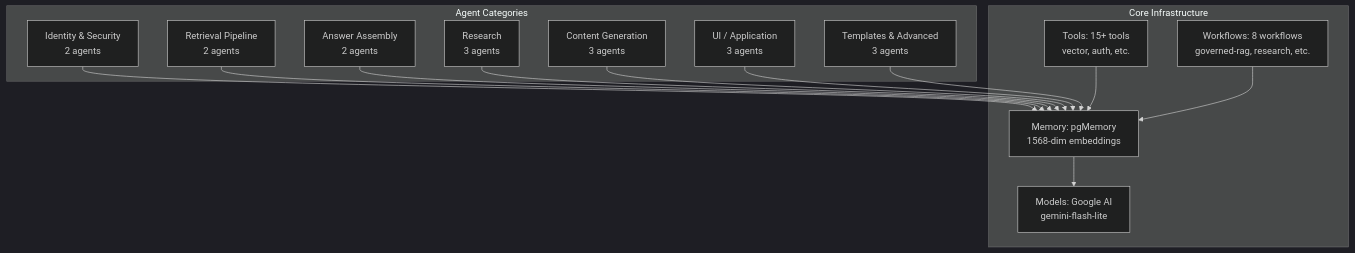
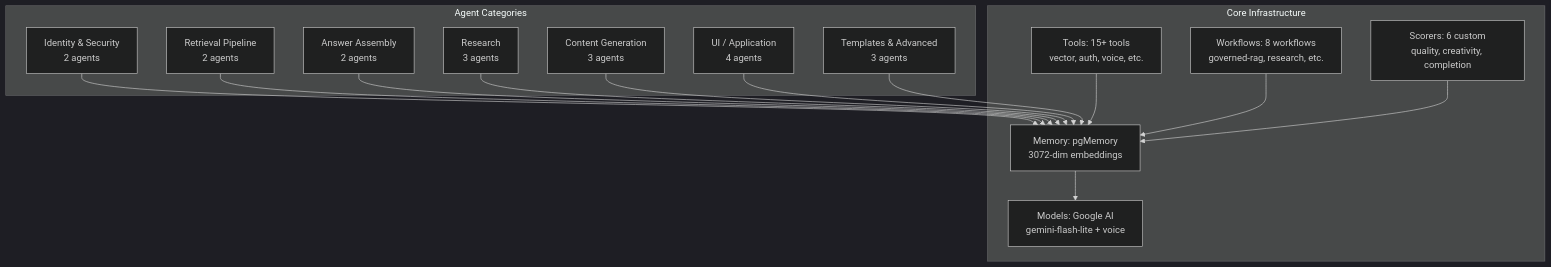
Before and after one commit to ssdeanx/secure-rag-multi-agent: the first of 2 diagrams in src/mastra/agents/AGENTS.md, drawn with Mermaid (dark theme). The commit also changed other lines of this file and 41 other files, not shown here.

````diff
--- a/src/mastra/agents/AGENTS.md
+++ b/src/mastra/agents/AGENTS.md
@@ -13,31 +13,33 @@
 ```mermaid
 graph TB
     subgraph "Agent Categories"
         Identity[Identity & Security<br/>2 agents]
         Retrieval[Retrieval Pipeline<br/>2 agents]
         Assembly[Answer Assembly<br/>2 agents]
         Research[Research<br/>3 agents]
         Content[Content Generation<br/>3 agents]
-        UI[UI / Application<br/>3 agents]
+        UI[UI / Application<br/>4 agents]
         Advanced[Templates & Advanced<br/>3 agents]
     end
 
     subgraph "Core Infrastructure"
-        Memory[Memory: pgMemory<br/>1568-dim embeddings]
-        Models[Models: Google AI<br/>gemini-flash-lite]
-        Tools[Tools: 15+ tools<br/>vector, auth, etc.]
+        Memory[Memory: pgMemory<br/>3072-dim embeddings]
+        Models[Models: Google AI<br/>gemini-flash-lite + voice]
+        Tools[Tools: 15+ tools<br/>vector, auth, voice, etc.]
         Workflows[Workflows: 8 workflows<br/>governed-rag, research, etc.]
+        Scorers[Scorers: 6 custom<br/>quality, creativity, completion]
     end
 
     Identity --> Memory
     Retrieval --> Memory
     Assembly --> Memory
     Research --> Memory
     Content --> Memory
     UI --> Memory
     Advanced --> Memory
 
     Memory --> Models
     Tools --> Memory
     Workflows --> Memory
+    Scorers --> Memory
 ```
````
